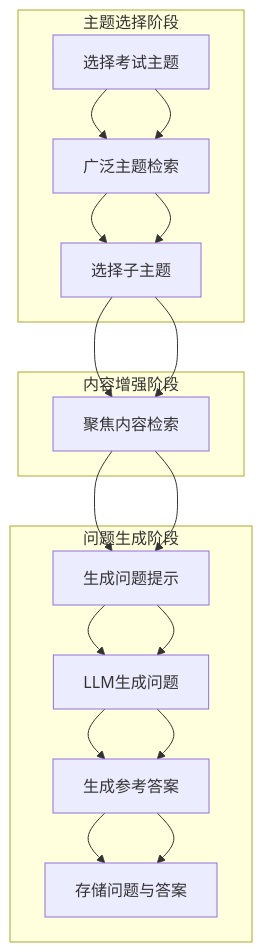
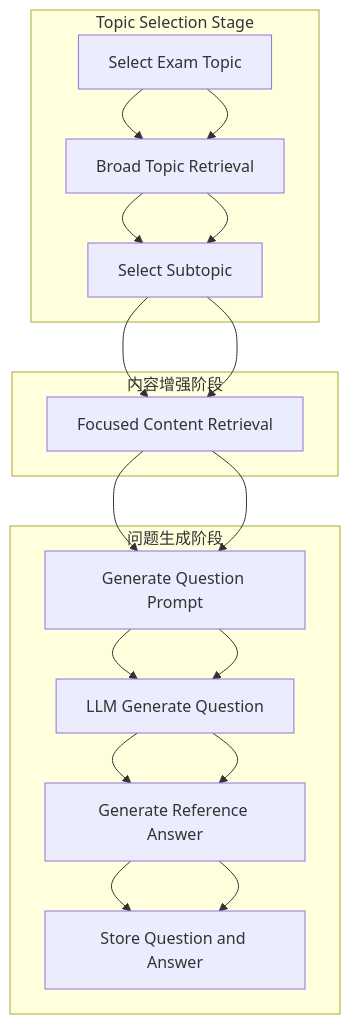
The third of 4 diagrams in docs/RAG_Implementation.md (CHANHaochengZhang/chatexaminer), drawn with Mermaid before and after one commit. The commit also changed other lines of this file and 13 other files, not shown here.

````diff
--- a/docs/RAG_Implementation.md
+++ b/docs/RAG_Implementation.md
@@ -346,22 +346,22 @@
 ```mermaid
 flowchart TD
-    A[选择考试主题] --> B[广泛主题检索]
-    B --> C[选择子主题]
-    C --> D[聚焦内容检索]
-    D --> E[生成问题提示]
-    E --> F[LLM生成问题]
-    F --> G[生成参考答案]
-    G --> H[存储问题与答案]
+    A[Select Exam Topic] --> B[Broad Topic Retrieval]
+    B --> C[Select Subtopic]
+    C --> D[Focused Content Retrieval]
+    D --> E[Generate Question Prompt]
+    E --> F[LLM Generate Question]
+    F --> G[Generate Reference Answer]
+    G --> H[Store Question and Answer]
 
-    subgraph 主题选择阶段
+    subgraph Topic Selection Stage
     A --> B --> C
     end
 
     subgraph 内容增强阶段
     C --> D
     end
 
     subgraph 问题生成阶段
     D --> E --> F --> G --> H
     end
 ```
````
